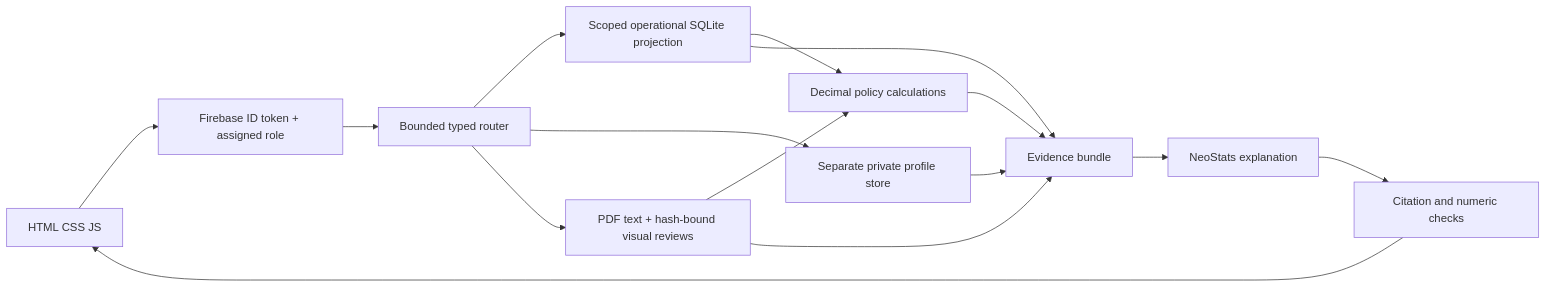
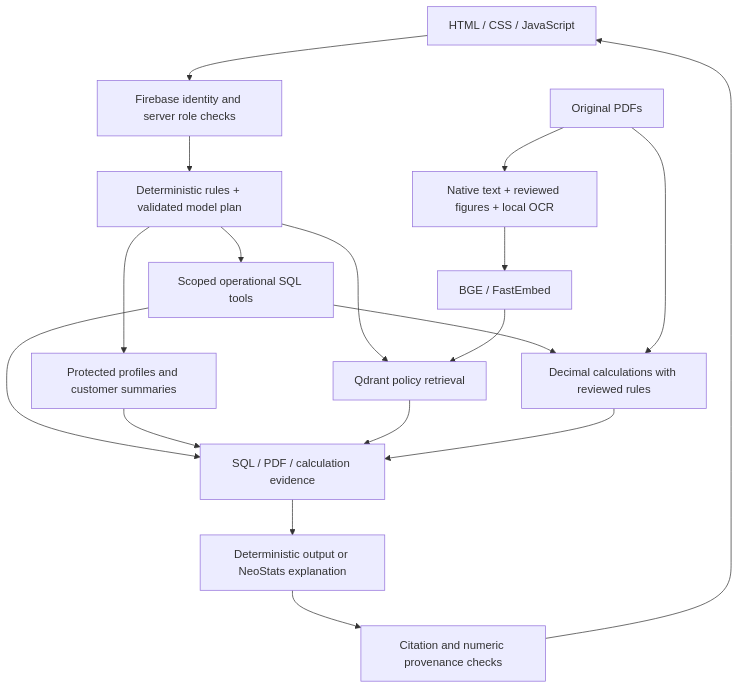
Before and after one commit to sanmitra-b/NeoStats-RideWise: the diagram in README.md, drawn with Mermaid. The commit also changed other lines of this file, not shown here.

````diff
--- a/README.md
+++ b/README.md
@@ -47,17 +112,20 @@
 ```mermaid
-flowchart LR
- UI[HTML CSS JS] --> AUTH[Firebase ID token + assigned role]
- AUTH --> ROUTER[Bounded typed router]
- ROUTER --> SQL[Scoped operational SQLite projection]
- ROUTER --> PII[Separate private profile store]
- ROUTER --> PDF[PDF text + hash-bound visual reviews]
- SQL --> CALC[Decimal policy calculations]
- PDF --> CALC
- CALC --> E[Evidence bundle]
- PII --> E
- SQL --> E
- PDF --> E
- E --> MODEL[NeoStats explanation]
- MODEL --> VERIFY[Citation and numeric checks]
- VERIFY --> UI
+flowchart TD
+    UI[HTML / CSS / JavaScript] --> AUTH[Firebase identity and server role checks]
+    AUTH --> ROUTER[Deterministic rules + validated model plan]
+    ROUTER --> SQL[Scoped operational SQL tools]
+    ROUTER --> PRIVATE[Protected profiles and customer summaries]
+    ROUTER --> RAG[Qdrant policy retrieval]
+    PDF[Original PDFs] --> TEXT[Native text + reviewed figures + local OCR]
+    TEXT --> EMBED[BGE / FastEmbed]
+    EMBED --> RAG
+    SQL --> CALC[Decimal calculations with reviewed rules]
+    PDF --> CALC
+    SQL --> EVIDENCE[SQL / PDF / calculation evidence]
+    PRIVATE --> EVIDENCE
+    RAG --> EVIDENCE
+    CALC --> EVIDENCE
+    EVIDENCE --> ANSWER[Deterministic output or NeoStats explanation]
+    ANSWER --> VERIFY[Citation and numeric provenance checks]
+    VERIFY --> UI
 ```
````
